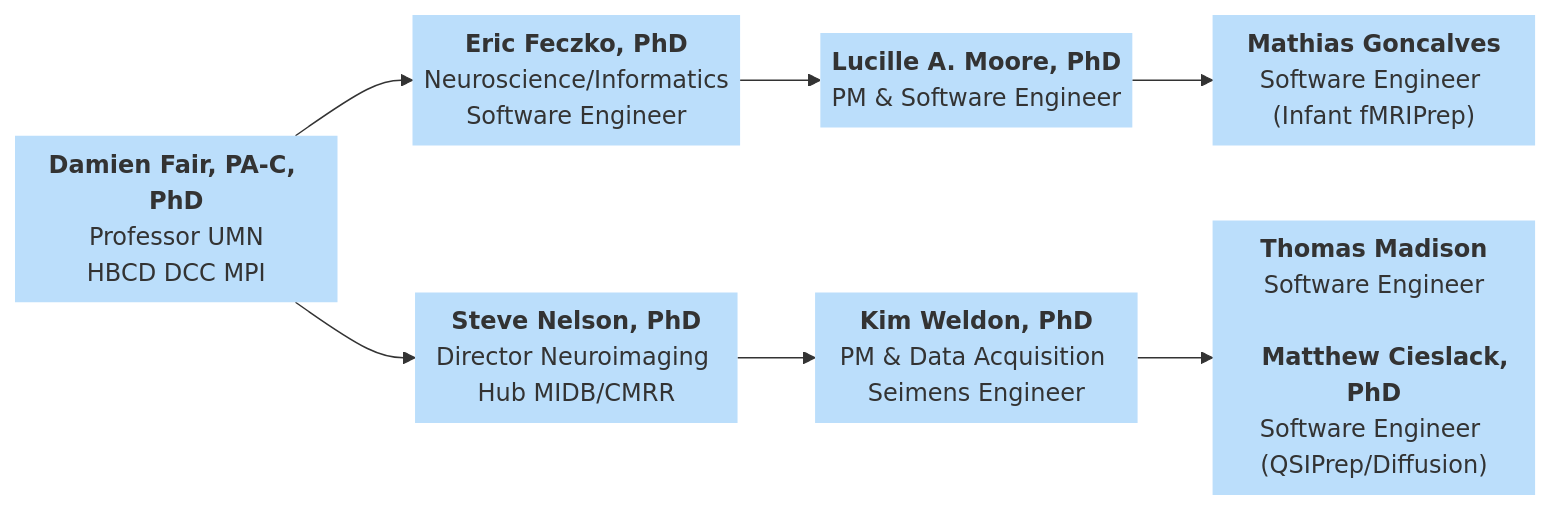
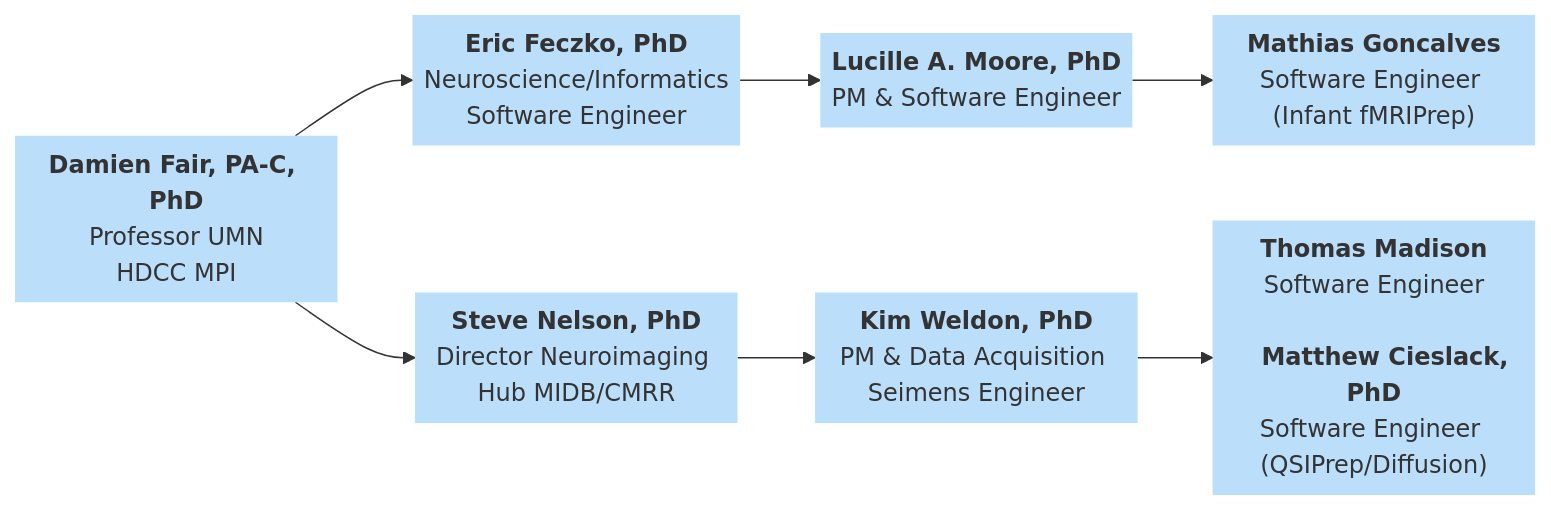
The seventh of 10 diagrams in docs/orgcharts.md (DCAN-Labs/hbcd-docs-internal), drawn with Mermaid before and after one commit.

````diff
--- a/docs/orgcharts.md
+++ b/docs/orgcharts.md
@@ -472,27 +472,27 @@
 ```mermaid
 ---
 config:
   layout: dagre
 ---
 flowchart LR
-    D["<b>Damien Fair, PA-C, PhD</b><br>Professor UMN<br>HBCD DCC MPI"] --> S["<b>Eric Feczko, PhD</b><br>Neuroscience/Informatics<br>Software Engineer"] & T["<b>Steve Nelson, PhD</b><br>Director Neuroimaging Hub MIDB/CMRR"]
+    D["<b>Damien Fair, PA-C, PhD</b><br>Professor UMN<br>HDCC MPI"] --> S["<b>Eric Feczko, PhD</b><br>Neuroscience/Informatics<br>Software Engineer"] & T["<b>Steve Nelson, PhD</b><br>Director Neuroimaging Hub MIDB/CMRR"]
     T --> t1["<b>Kim Weldon, PhD</b><br>PM & Data Acquisition Seimens Engineer"]
     t1 --> t2["<b>Thomas Madison</b><br>Software Engineer<br>
     <b>Matthew Cieslack, PhD</b><br>Software Engineer (QSIPrep/Diffusion)"]
     S --> n1["<b>Lucille A. Moore, PhD</b><br>PM &amp; Software Engineer"]
     n1 --> n2["<b>Mathias Goncalves</b><br>Software Engineer (Infant fMRIPrep)"]
     D@{ shape: text}
     S@{ shape: text}
     T@{ shape: text}
     t1@{ shape: text}
     t2@{ shape: text}
     n1@{ shape: text}
     n2@{ shape: text}
     style D stroke:#000000,fill:#BBDEFB
     style S stroke:#000000,fill:#BBDEFB
     style T stroke:#000000,fill:#BBDEFB
     style t1 fill:#BBDEFB
     style t2 fill:#BBDEFB
     style n1 fill:#BBDEFB
     style n2 fill:#BBDEFB
 ```
````
